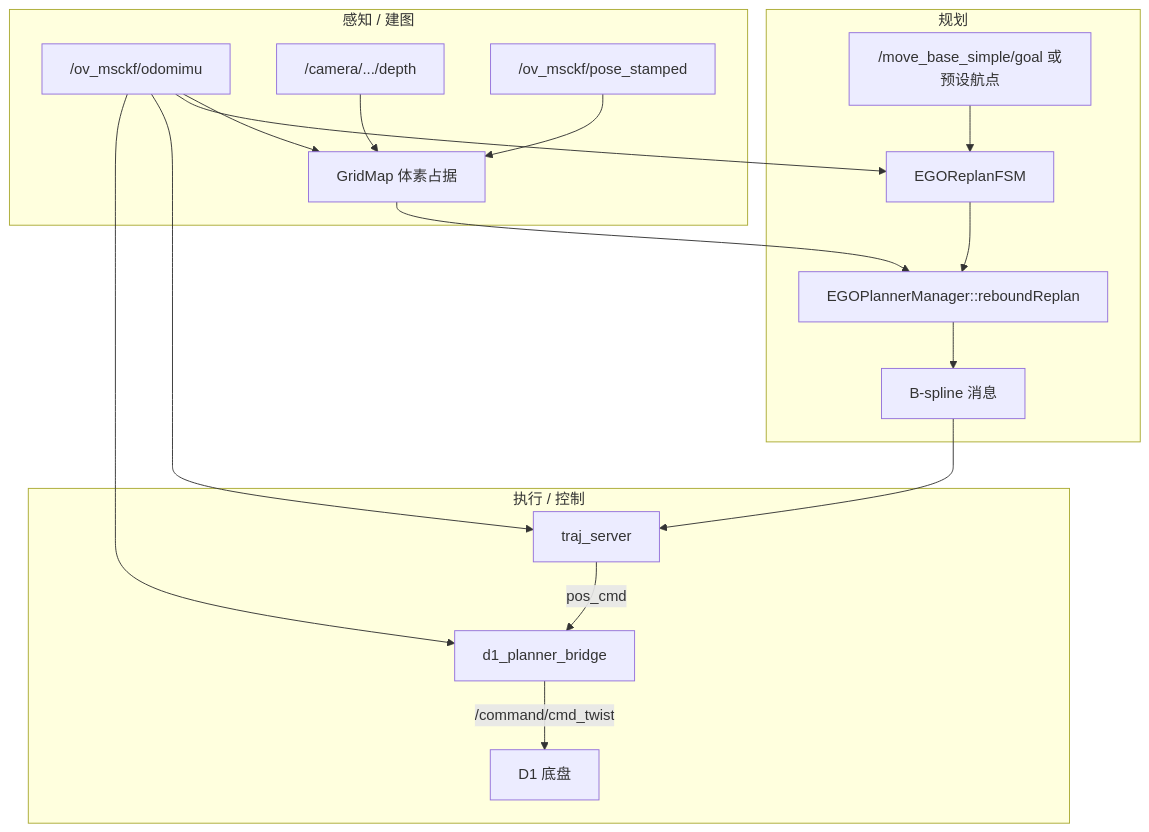
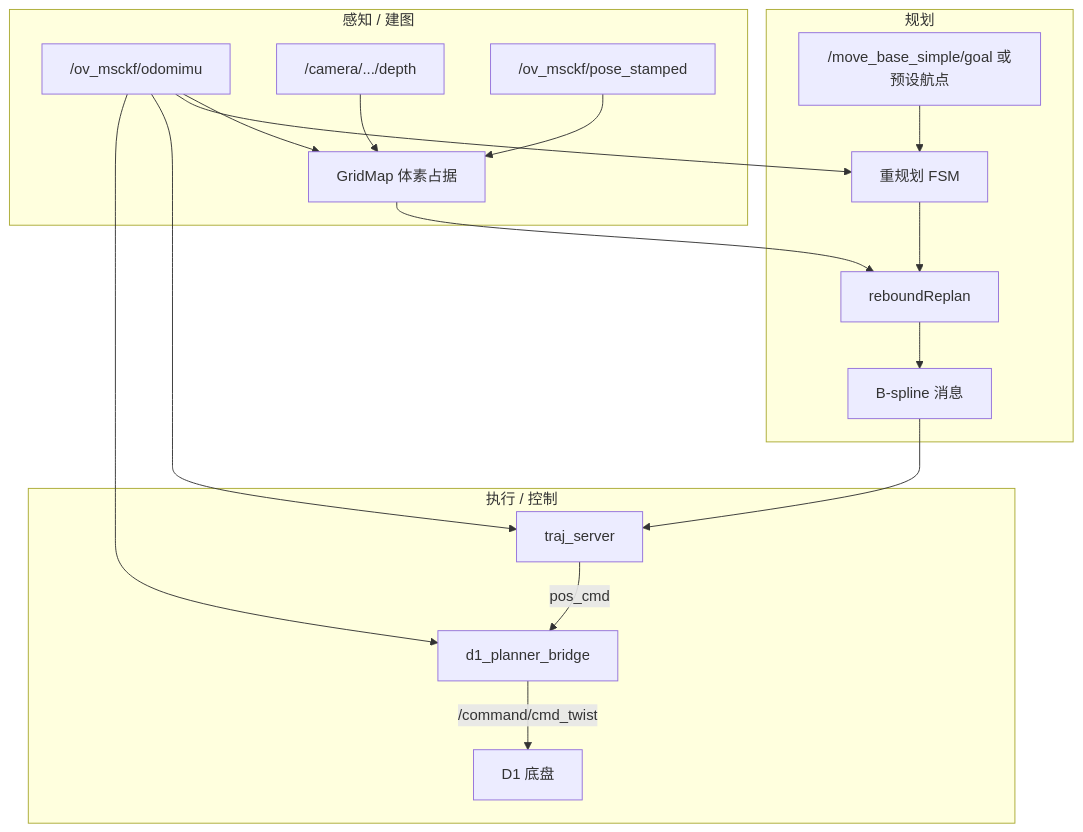
One commit to h6angel/d1pro changed the first of 3 diagrams in docs/00_overview.md. Above: the diagram before and after it, drawn with Mermaid. The commit also changed other lines of this file and 14 other files, not shown here.

````diff
--- a/docs/00_overview.md
+++ b/docs/00_overview.md
@@ -14,34 +14,34 @@
 ```mermaid
 flowchart TB
   subgraph perception["感知 / 建图"]
     Odom["/ov_msckf/odomimu"]
     Depth["/camera/.../depth"]
     Pose["/ov_msckf/pose_stamped"]
     GM["GridMap 体素占据"]
     Odom --> GM
     Depth --> GM
     Pose --> GM
   end
 
   subgraph planning["规划"]
     Goal["/move_base_simple/goal 或预设航点"]
-    FSM["EGOReplanFSM"]
-    PM["EGOPlannerManager::reboundReplan"]
+    FSM["重规划 FSM"]
+    PM["reboundReplan"]
     Odom --> FSM
     Goal --> FSM
     GM --> PM
     FSM --> PM
     PM --> BS["B-spline 消息"]
   end
 
   subgraph execution["执行 / 控制"]
     TS["traj_server"]
     BR["d1_planner_bridge"]
     Robot["D1 底盘"]
     BS --> TS
     Odom --> TS
     TS -->|pos_cmd| BR
     Odom --> BR
     BR -->|/command/cmd_twist| Robot
   end
 ```
````
